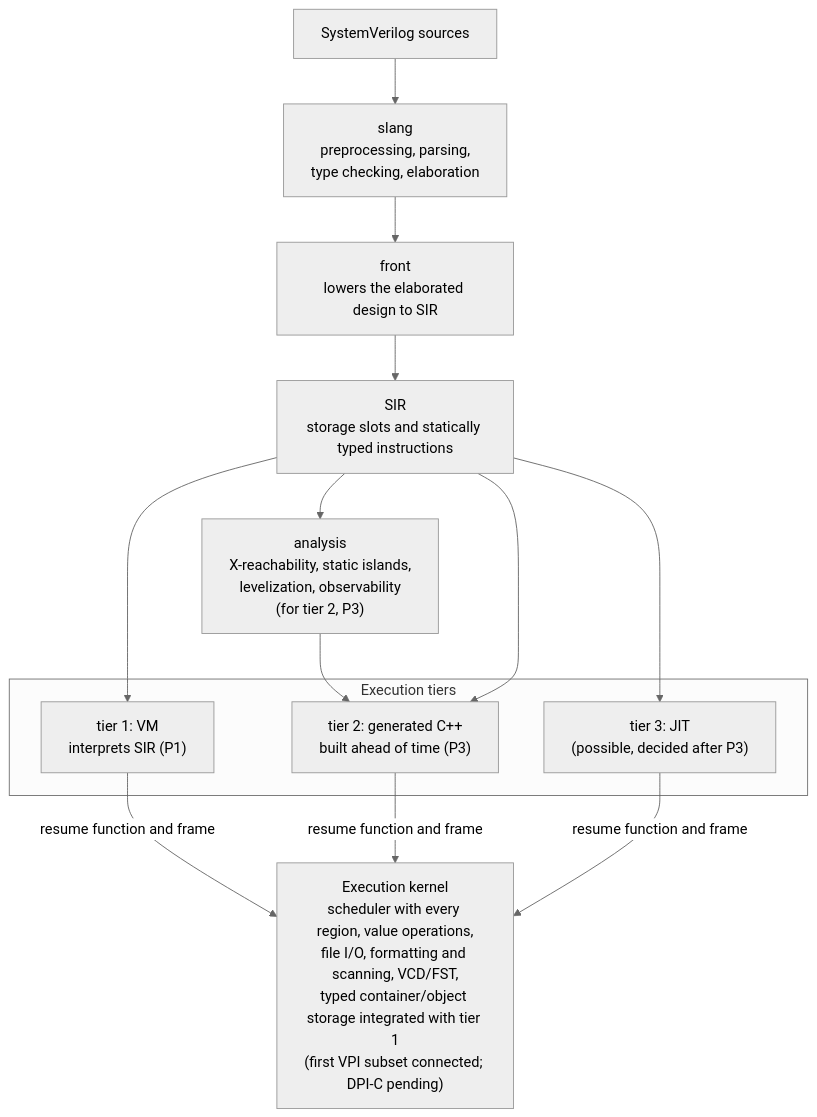
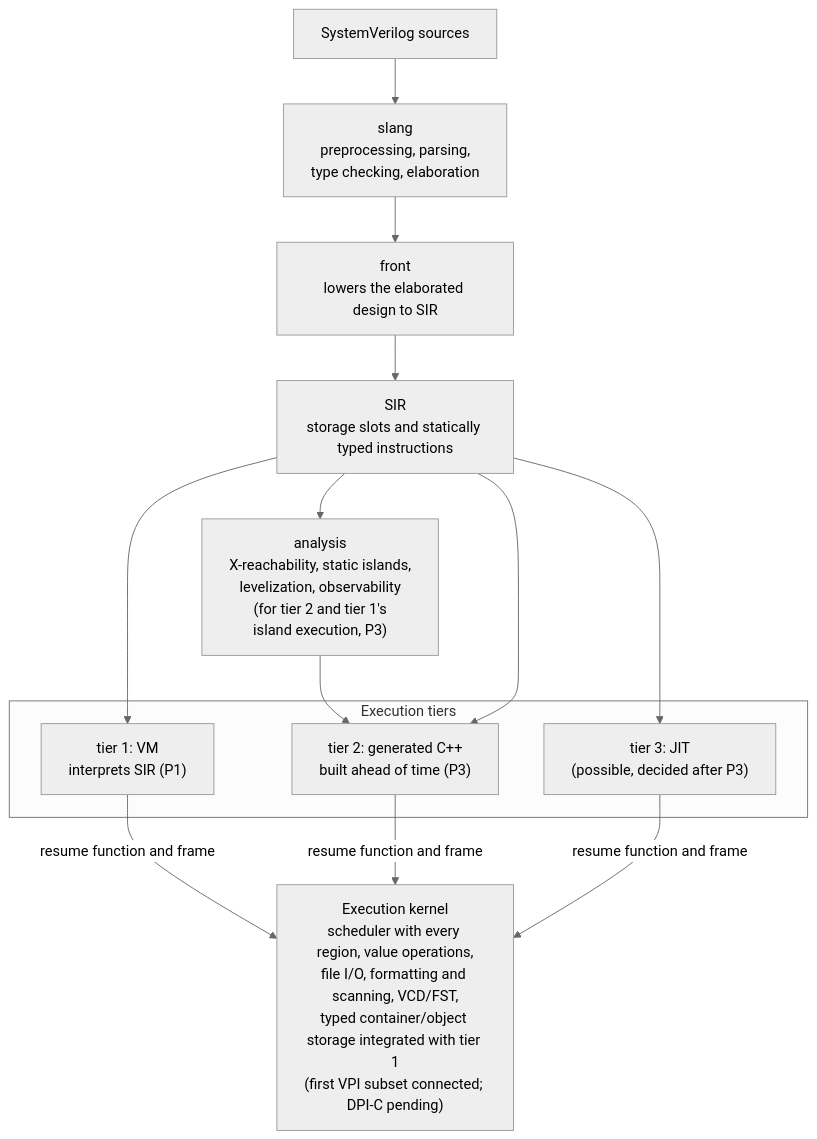
One commit to kurochan001/kirimasim changed the first of 2 diagrams in docs/ARCHITECTURE.md. Above: the diagram before and after it, drawn with Mermaid (neutral theme). The commit also changed 17 other files, not shown here.

First line of the commit message:
Specify static islands for P3 (stage 0 of the proposal)

````diff
--- a/docs/ARCHITECTURE.md
+++ b/docs/ARCHITECTURE.md
@@ -18,22 +18,22 @@
 ```mermaid
 flowchart TD
     src["SystemVerilog sources"]
     slang["slang<br/>preprocessing, parsing,<br/>type checking, elaboration"]
     front["front<br/>lowers the elaborated design to SIR"]
     sir["SIR<br/>storage slots and statically typed instructions"]
-    analysis["analysis<br/>X-reachability, static islands,<br/>levelization, observability<br/>(for tier 2, P3)"]
+    analysis["analysis<br/>X-reachability, static islands,<br/>levelization, observability<br/>(for tier 2 and tier 1's<br/>island execution, P3)"]
     subgraph tiers["Execution tiers"]
         t1["tier 1: VM<br/>interprets SIR (P1)"]
         t2["tier 2: generated C++<br/>built ahead of time (P3)"]
         t3["tier 3: JIT<br/>(possible, decided after P3)"]
     end
     kernel["Execution kernel<br/>scheduler with every region, value operations,<br/>file I/O, formatting and scanning, VCD/FST,<br/>typed container/object storage integrated with tier 1<br/>(first VPI subset connected; DPI-C pending)"]
     src --> slang --> front --> sir
     sir --> t1
     sir --> analysis --> t2
     sir --> t2
     sir --> t3
     t1 -->|"resume function and frame"| kernel
     t2 -->|"resume function and frame"| kernel
     t3 -->|"resume function and frame"| kernel
 ```
````
